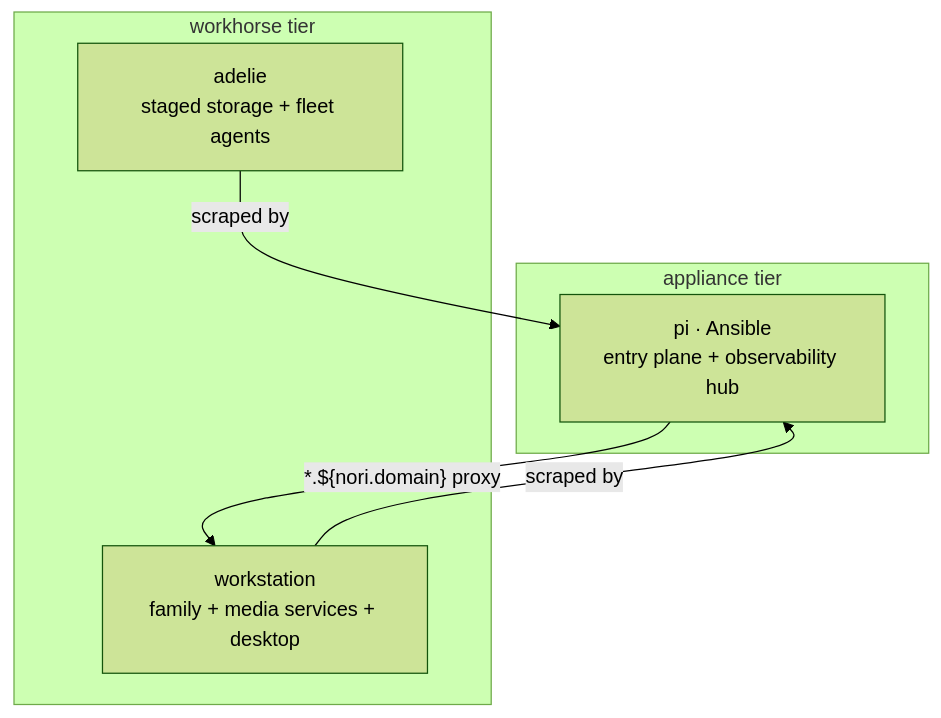
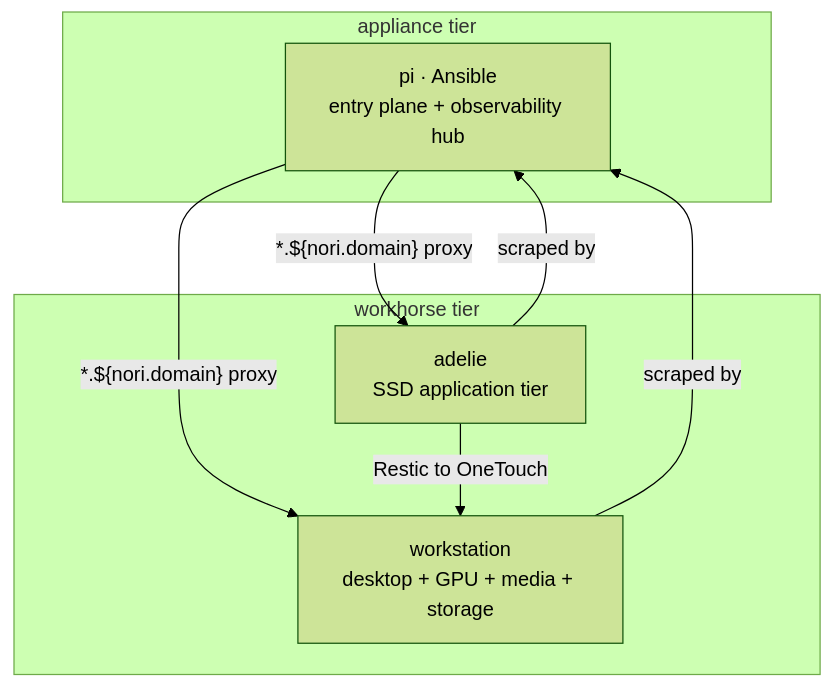
One commit to phibkro/homelab changed the diagram in docs/generated/topology.md. Above: the diagram before and after it, drawn with Mermaid (forest theme). The commit also changed other lines of this file and 62 other files, not shown here.

````diff
--- a/docs/generated/topology.md
+++ b/docs/generated/topology.md
@@ -24,13 +24,15 @@
 ```mermaid
 graph TB
   subgraph "appliance tier"
     P[pi · Ansible<br/>entry plane + observability hub]
   end
   subgraph "workhorse tier"
-    A[adelie<br/>staged storage + fleet agents]
-    W[workstation<br/>family + media services + desktop]
+    A[adelie<br/>SSD application tier]
+    W[workstation<br/>desktop + GPU + media + storage]
   end
+  P -- "*.${nori.domain} proxy" --> A
   P -- "*.${nori.domain} proxy" --> W
+  A -- "Restic to OneTouch" --> W
   A -- "scraped by" --> P
   W -- "scraped by" --> P
 ```
````
